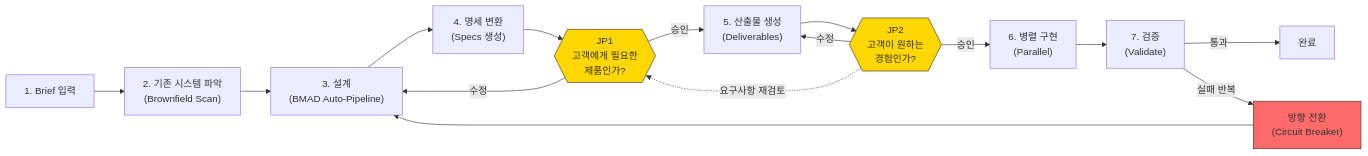
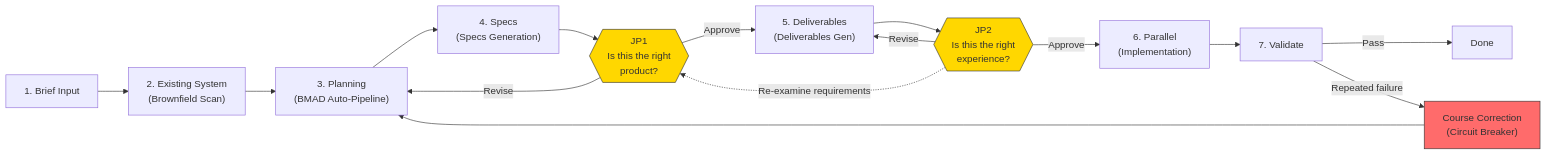
The diagram in README.md (kangminlee-maker/jdd-sprint-kit), drawn with Mermaid before and after one commit. The commit also changed other lines of this file and 3 other files, not shown here.

````diff
--- a/README.md
+++ b/README.md
@@ -14,21 +14,21 @@
 ```mermaid
 flowchart LR
-    A["1. Brief 입력"] --> B["2. 기존 시스템 파악\n(Brownfield Scan)"]
-    B --> C["3. 설계\n(BMAD Auto-Pipeline)"]
-    C --> D["4. 명세 변환\n(Specs 생성)"]
-    D --> JP1{{"JP1\n고객에게 필요한\n제품인가?"}}
-    JP1 -->|승인| E["5. 산출물 생성\n(Deliverables)"]
-    JP1 -->|수정| C
-    E --> JP2{{"JP2\n고객이 원하는\n경험인가?"}}
-    JP2 -->|승인| F["6. 병렬 구현\n(Parallel)"]
-    JP2 -->|수정| E
-    JP2 -.->|요구사항 재검토| JP1
-    F --> G["7. 검증\n(Validate)"]
-    G -->|통과| H["완료"]
-    G -->|실패 반복| CB["방향 전환\n(Circuit Breaker)"]
+    A["1. Brief Input"] --> B["2. Existing System\n(Brownfield Scan)"]
+    B --> C["3. Planning\n(BMAD Auto-Pipeline)"]
+    C --> D["4. Specs\n(Specs Generation)"]
+    D --> JP1{{"JP1\nIs this the right\nproduct?"}}
+    JP1 -->|Approve| E["5. Deliverables\n(Deliverables Gen)"]
+    JP1 -->|Revise| C
+    E --> JP2{{"JP2\nIs this the right\nexperience?"}}
+    JP2 -->|Approve| F["6. Parallel\n(Implementation)"]
+    JP2 -->|Revise| E
+    JP2 -.->|Re-examine requirements| JP1
+    F --> G["7. Validate"]
+    G -->|Pass| H["Done"]
+    G -->|Repeated failure| CB["Course Correction\n(Circuit Breaker)"]
     CB --> C
 
     style JP1 fill:#FFD700,stroke:#333
     style JP2 fill:#FFD700,stroke:#333
     style CB fill:#FF6B6B,stroke:#333
 ```
````
